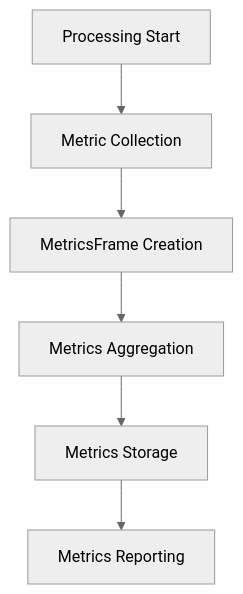
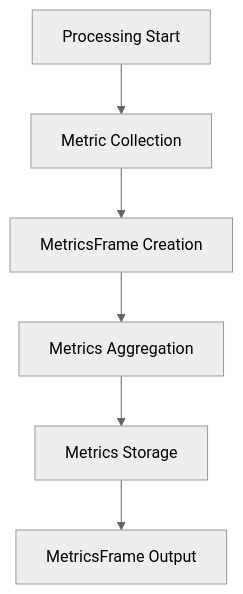
Before and after one commit to pipecat-ai/docs: the diagram in api-reference/frames/metrics.mdx, drawn with Mermaid (neutral theme). The commit also changed 13 other files, not shown here.

````diff
--- a/api-reference/frames/metrics.mdx
+++ b/api-reference/frames/metrics.mdx
@@ -134,8 +134,8 @@
 ```mermaid
 graph TD
     A[Processing Start] --> B[Metric Collection]
     B --> C[MetricsFrame Creation]
     C --> D[Metrics Aggregation]
     D --> E[Metrics Storage]
-    E --> F[Metrics Reporting]
+    E --> F[MetricsFrame Output]
 ```
````
